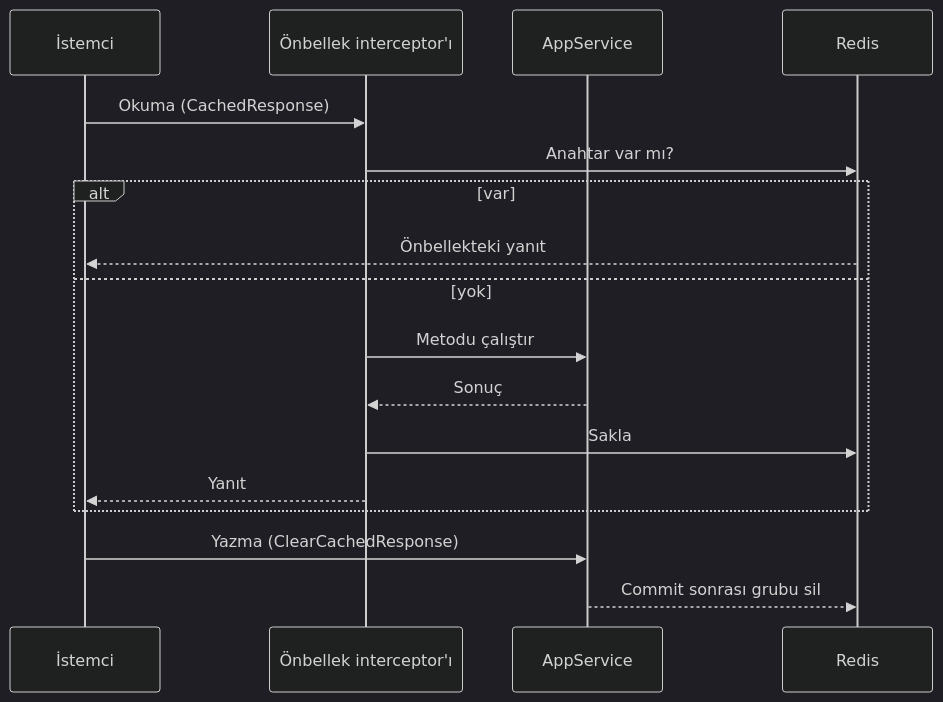
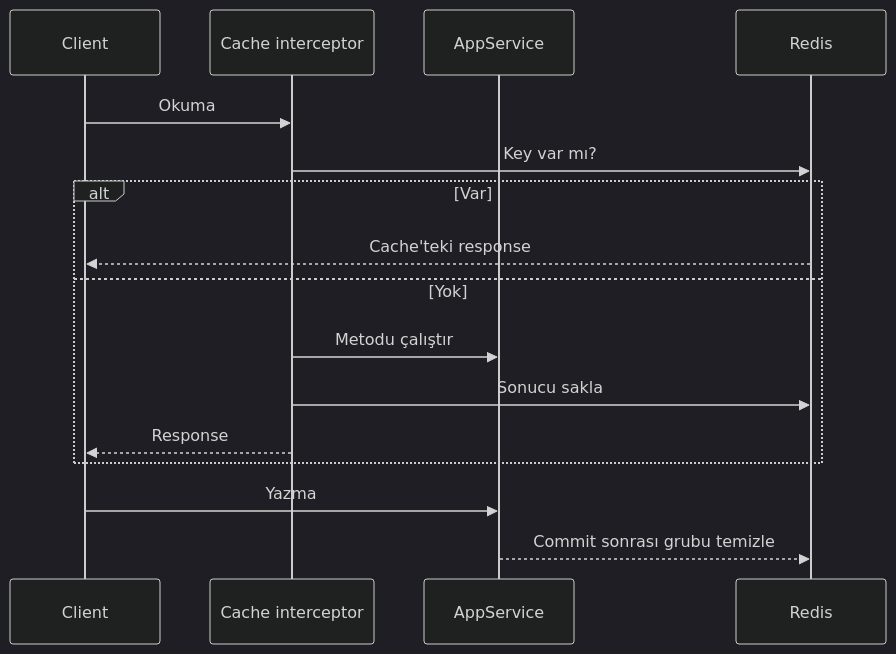
Before and after one commit to mertbyd/byd-core-extensions-api: the seventh of 7 diagrams in README.md, drawn with Mermaid (dark theme). The commit also changed other lines of this file, not shown here.

````diff
--- a/README.md
+++ b/README.md
@@ -206,19 +192,18 @@
 ```mermaid
 sequenceDiagram
-    participant C as İstemci
-    participant I as Önbellek interceptor'ı
+    participant C as Client
+    participant I as Cache interceptor
     participant S as AppService
     participant R as Redis
-    C->>I: Okuma (CachedResponse)
-    I->>R: Anahtar var mı?
-    alt var
-        R-->>C: Önbellekteki yanıt
-    else yok
+    C->>I: Okuma
+    I->>R: Key var mı?
+    alt Var
+        R-->>C: Cache'teki response
+    else Yok
         I->>S: Metodu çalıştır
-        S-->>I: Sonuç
-        I->>R: Sakla
-        I-->>C: Yanıt
+        I->>R: Sonucu sakla
+        I-->>C: Response
     end
-    C->>S: Yazma (ClearCachedResponse)
-    S-->>R: Commit sonrası grubu sil
+    C->>S: Yazma
+    S-->>R: Commit sonrası grubu temizle
 ```
````
